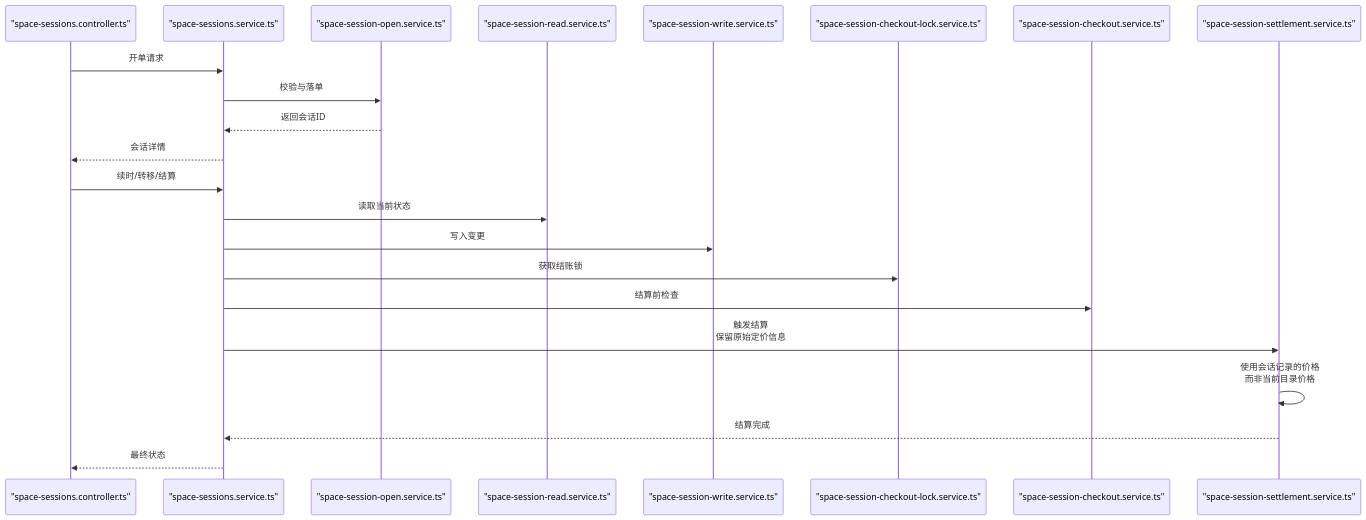
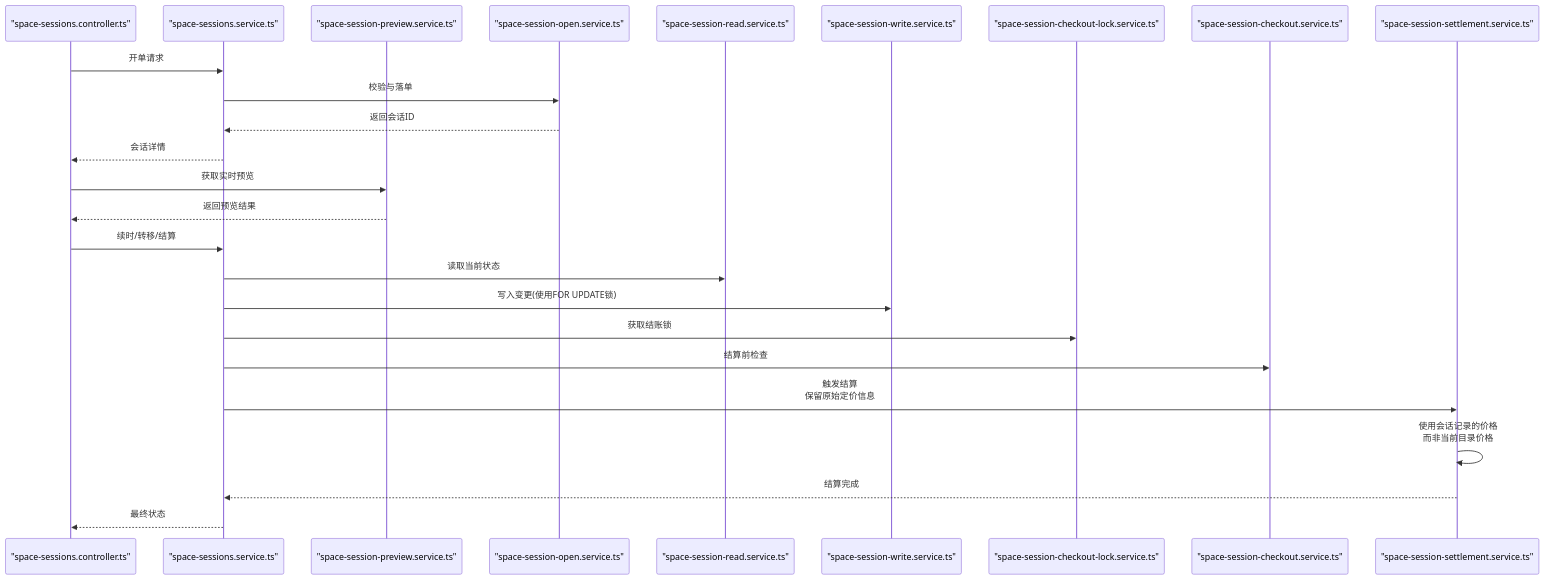
One commit to rc558620/purelyprofit-server changed the fourth of 9 diagrams in .qoder/repowiki/zh/content/业务模块/运营管理模块/空间管理.md. Above: the diagram before and after it, drawn with Mermaid. The commit also changed other lines of this file and 25 other files, not shown here.

````diff
--- a/.qoder/repowiki/zh/content/业务模块/运营管理模块/空间管理.md
+++ b/.qoder/repowiki/zh/content/业务模块/运营管理模块/空间管理.md
@@ -363,24 +392,27 @@
 ```mermaid
 sequenceDiagram
 participant C as "space-sessions.controller.ts"
 participant S as "space-sessions.service.ts"
+participant PS as "space-session-preview.service.ts"
 participant O as "space-session-open.service.ts"
 participant R as "space-session-read.service.ts"
 participant W as "space-session-write.service.ts"
 participant L as "space-session-checkout-lock.service.ts"
 participant CO as "space-session-checkout.service.ts"
 participant SE as "space-session-settlement.service.ts"
 C->>S : 开单请求
 S->>O : 校验与落单
 O-->>S : 返回会话ID
 S-->>C : 会话详情
+C->>PS : 获取实时预览
+PS-->>C : 返回预览结果
 C->>S : 续时/转移/结算
 S->>R : 读取当前状态
-S->>W : 写入变更
+S->>W : 写入变更(使用FOR UPDATE锁)
 S->>L : 获取结账锁
 S->>CO : 结算前检查
 S->>SE : 触发结算<br/>保留原始定价信息
 SE->>SE : 使用会话记录的价格<br/>而非当前目录价格
 SE-->>S : 结算完成
 S-->>C : 最终状态
 ```
````
